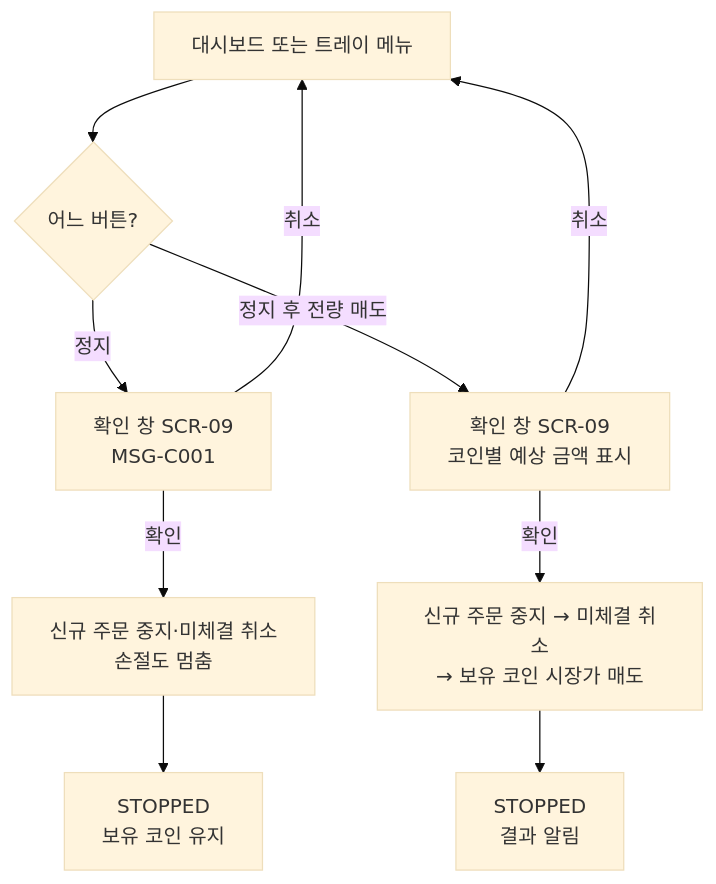
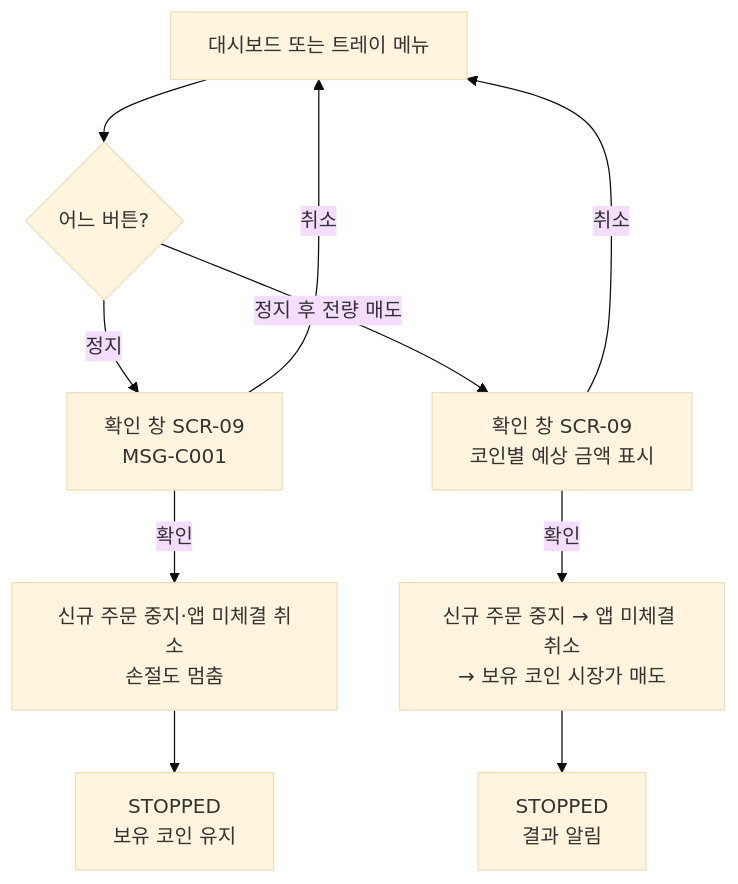
The third of 4 diagrams in docs/02-ux/screen-flow.md (khy920723/upbit-autotrader), drawn with Mermaid (base theme) before and after one commit. The commit also changed 23 other files, not shown here.

````diff
--- a/docs/02-ux/screen-flow.md
+++ b/docs/02-ux/screen-flow.md
@@ -66,12 +66,12 @@
 ```mermaid
 flowchart TD
     S[대시보드 또는 트레이 메뉴] --> A{어느 버튼?}
     A -- 정지 --> CS["확인 창 SCR-09<br/>MSG-C001"]
     CS -- 취소 --> S
-    CS -- 확인 --> B["신규 주문 중지·미체결 취소<br/>손절도 멈춤"]
+    CS -- 확인 --> B["신규 주문 중지·앱 미체결 취소<br/>손절도 멈춤"]
     B --> C["STOPPED<br/>보유 코인 유지"]
     A -- 정지 후 전량 매도 --> D["확인 창 SCR-09<br/>코인별 예상 금액 표시"]
     D -- 취소 --> S
-    D -- 확인 --> E["신규 주문 중지 → 미체결 취소<br/>→ 보유 코인 시장가 매도"]
+    D -- 확인 --> E["신규 주문 중지 → 앱 미체결 취소<br/>→ 보유 코인 시장가 매도"]
     E --> F["STOPPED<br/>결과 알림"]
 ```
````
